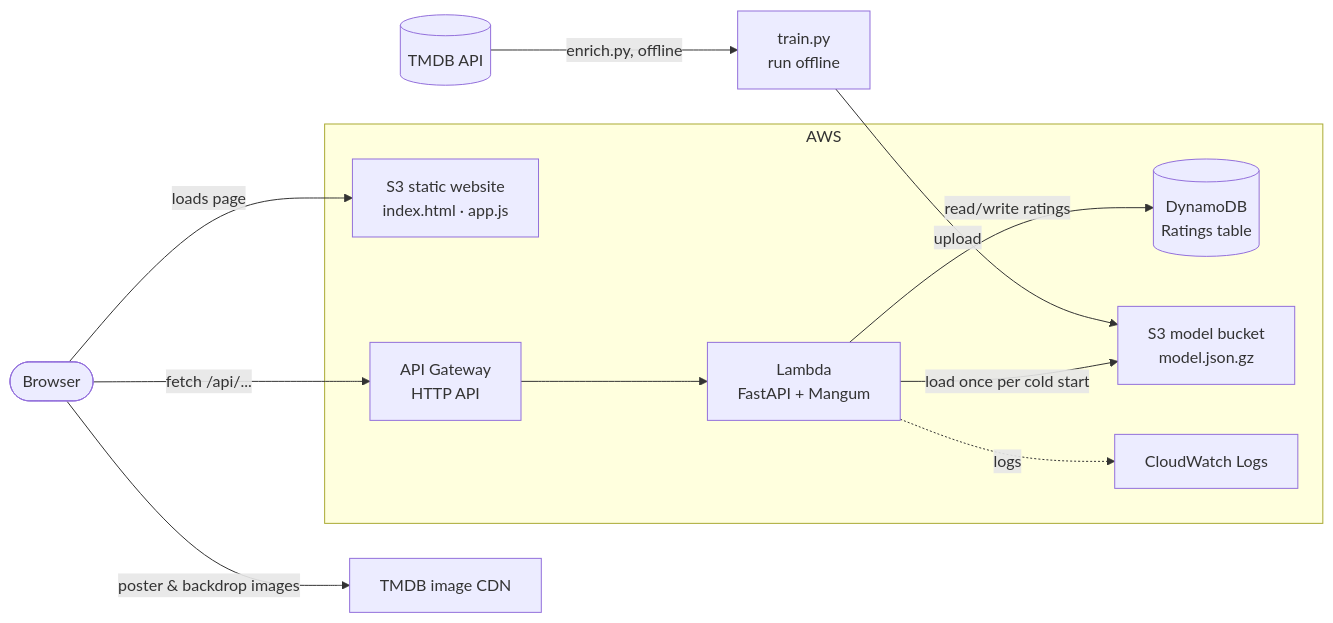
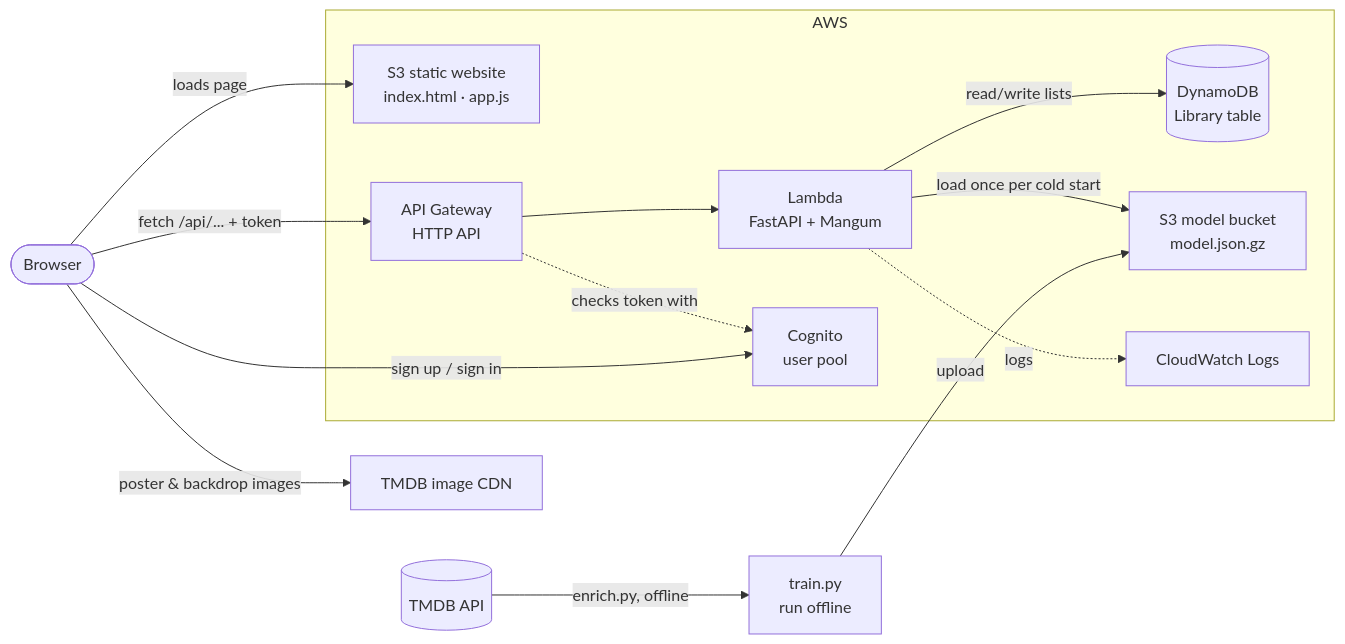
Before and after one commit to Qilton/aws-movie-recommendation: the first of 2 diagrams in docs/architecture.md, drawn with Mermaid. The commit also changed other lines of this file and 1 other file, not shown here.

Commit message:
docs: accounts, Cognito sign-in flow and movie lists

````diff
--- a/docs/architecture.md
+++ b/docs/architecture.md
@@ -3,21 +3,24 @@
 ```mermaid
 flowchart LR
     user([Browser])
     subgraph AWS
         site[S3 static website<br/>index.html · app.js]
         api[API Gateway<br/>HTTP API]
         fn[Lambda<br/>FastAPI + Mangum]
-        db[(DynamoDB<br/>Ratings table)]
+        db[(DynamoDB<br/>Library table)]
+        cognito[Cognito<br/>user pool]
         model[S3 model bucket<br/>model.json.gz]
         logs[CloudWatch Logs]
     end
     tmdb[(TMDB API)] -- enrich.py, offline --> train
     train[train.py<br/>run offline] -- upload --> model
     tmdbimg[TMDB image CDN]
     user -- poster & backdrop images --> tmdbimg
     user -- loads page --> site
-    user -- fetch /api/... --> api --> fn
-    fn -- read/write ratings --> db
+    user -- sign up / sign in --> cognito
+    user -- fetch /api/... + token --> api --> fn
+    api -. checks token with .-> cognito
+    fn -- read/write lists --> db
     fn -- load once per cold start --> model
     fn -. logs .-> logs
 ```
````
